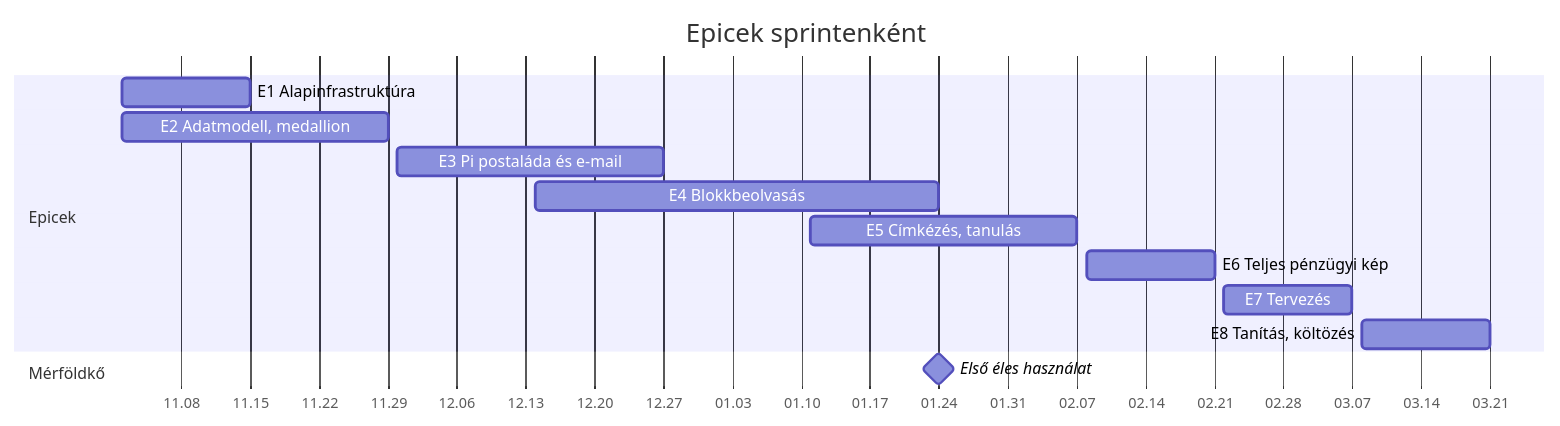
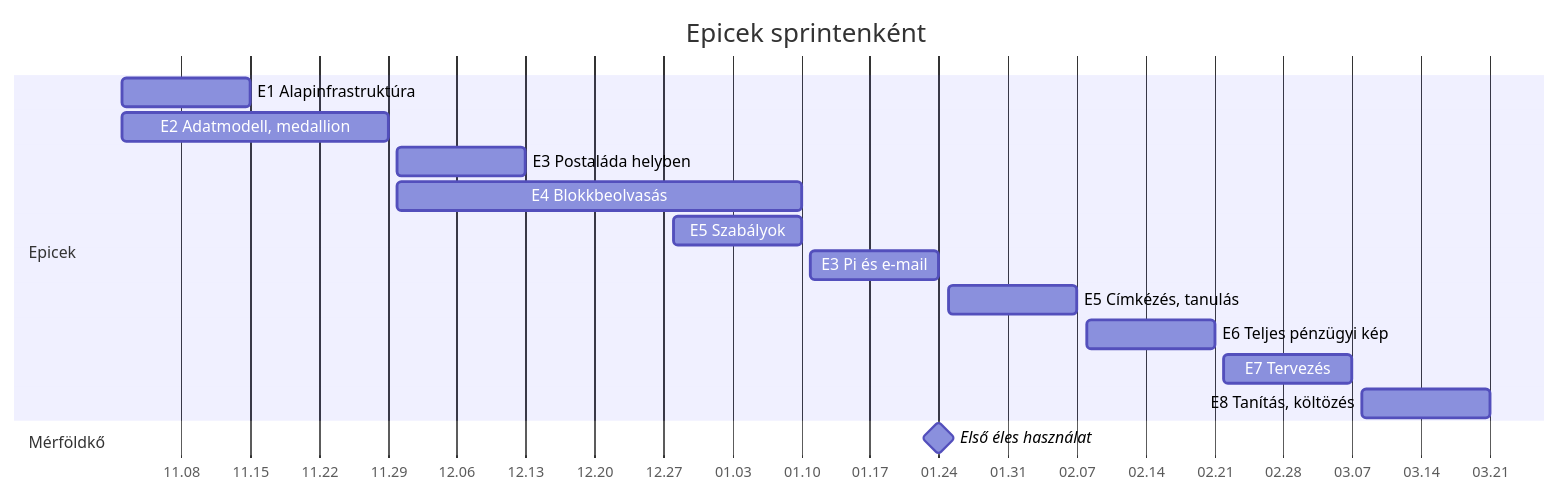
The diagram in docs/Fejlesztési terv.md (Pokol-olvr/finance-tracker), drawn with Mermaid before and after one commit. The commit also changed other lines of this file and 5 other files, not shown here.

````diff
--- a/docs/Fejlesztési terv.md
+++ b/docs/Fejlesztési terv.md
@@ -32,17 +32,19 @@
 ```mermaid
 gantt
   title Epicek sprintenként
   dateFormat YYYY-MM-DD
   axisFormat %m.%d
   section Epicek
   E1 Alapinfrastruktúra        :e1, 2026-11-02, 2026-11-15
   E2 Adatmodell, medallion     :e2, 2026-11-02, 2026-11-29
-  E3 Pi postaláda és e-mail    :e3, 2026-11-30, 2026-12-27
-  E4 Blokkbeolvasás            :e4, 2026-12-14, 2027-01-24
-  E5 Címkézés, tanulás         :e5, 2027-01-11, 2027-02-07
+  E3 Postaláda helyben          :e3a, 2026-11-30, 2026-12-13
+  E4 Blokkbeolvasás            :e4, 2026-11-30, 2027-01-10
+  E5 Szabályok                 :e5a, 2026-12-28, 2027-01-10
+  E3 Pi és e-mail              :e3b, 2027-01-11, 2027-01-24
+  E5 Címkézés, tanulás         :e5b, 2027-01-25, 2027-02-07
   E6 Teljes pénzügyi kép       :e6, 2027-02-08, 2027-02-21
   E7 Tervezés                  :e7, 2027-02-22, 2027-03-07
   E8 Tanítás, költözés         :e8, 2027-03-08, 2027-03-21
   section Mérföldkő
   Első éles használat          :milestone, m1, 2027-01-24, 0d
 ```
````
